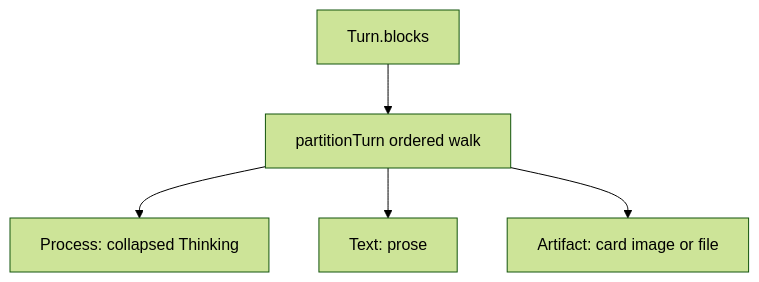
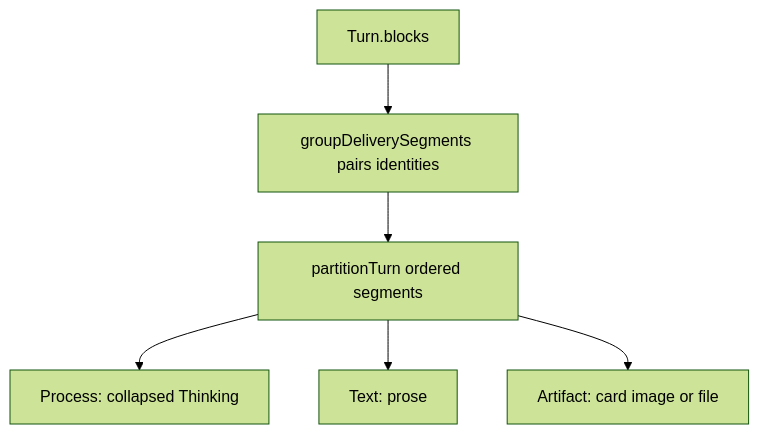
The diagram in apps/app/src/features/chat/.context/turn-composition.md (haowjy/meridian-flow), drawn with Mermaid (forest theme) before and after one commit. The commit also changed other lines of this file and 3 other files, not shown here.

````diff
--- a/apps/app/src/features/chat/.context/turn-composition.md
+++ b/apps/app/src/features/chat/.context/turn-composition.md
@@ -88,7 +90,8 @@
 ```mermaid
 flowchart TD
-  B[Turn.blocks] --> P[partitionTurn ordered walk]
+  B[Turn.blocks] --> N[groupDeliverySegments pairs identities]
+  N --> P[partitionTurn ordered segments]
   P --> R[Process: collapsed Thinking]
   P --> T[Text: prose]
   P --> A[Artifact: card image or file]
 ```
````
